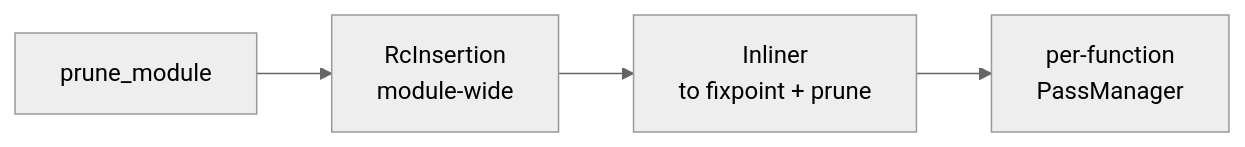
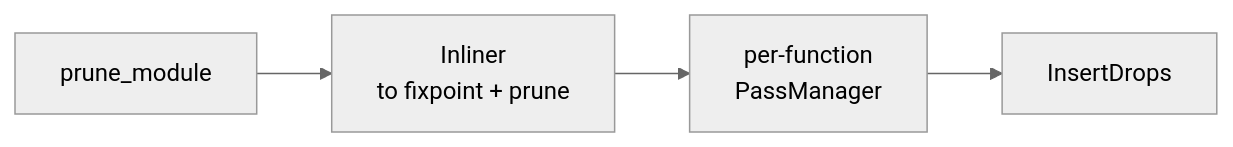
Before and after one commit to sps014/dream: the first of 2 diagrams in docs/compiler/05-writing-passes.md, drawn with Mermaid (neutral theme). The commit also changed other lines of this file and 122 other files, not shown here.

````diff
--- a/docs/compiler/05-writing-passes.md
+++ b/docs/compiler/05-writing-passes.md
@@ -35,4 +35,4 @@
 ```mermaid
 flowchart LR
-    prune1[prune_module] --> rc[RcInsertion\nmodule-wide] --> inline[Inliner\nto fixpoint + prune] --> perfn[per-function\nPassManager]
+    prune1[prune_module] --> inline[Inliner\nto fixpoint + prune] --> perfn[per-function\nPassManager] --> drops[InsertDrops]
 ```
````
